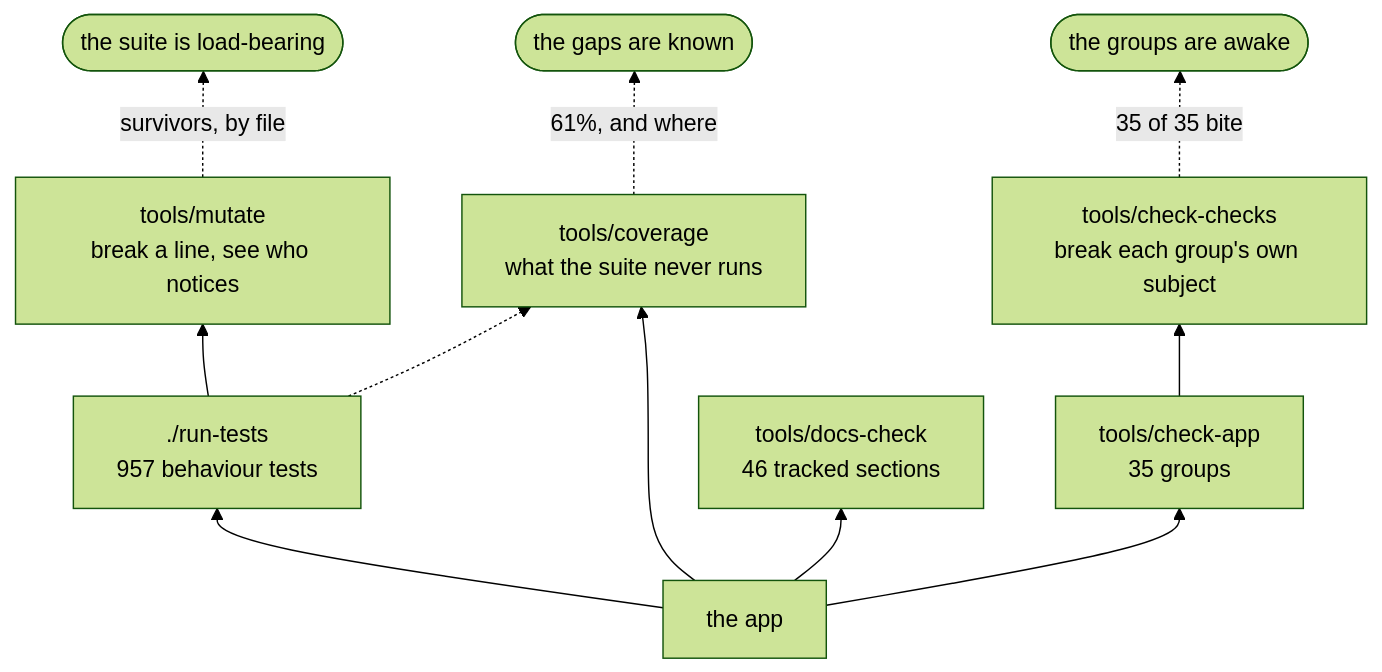
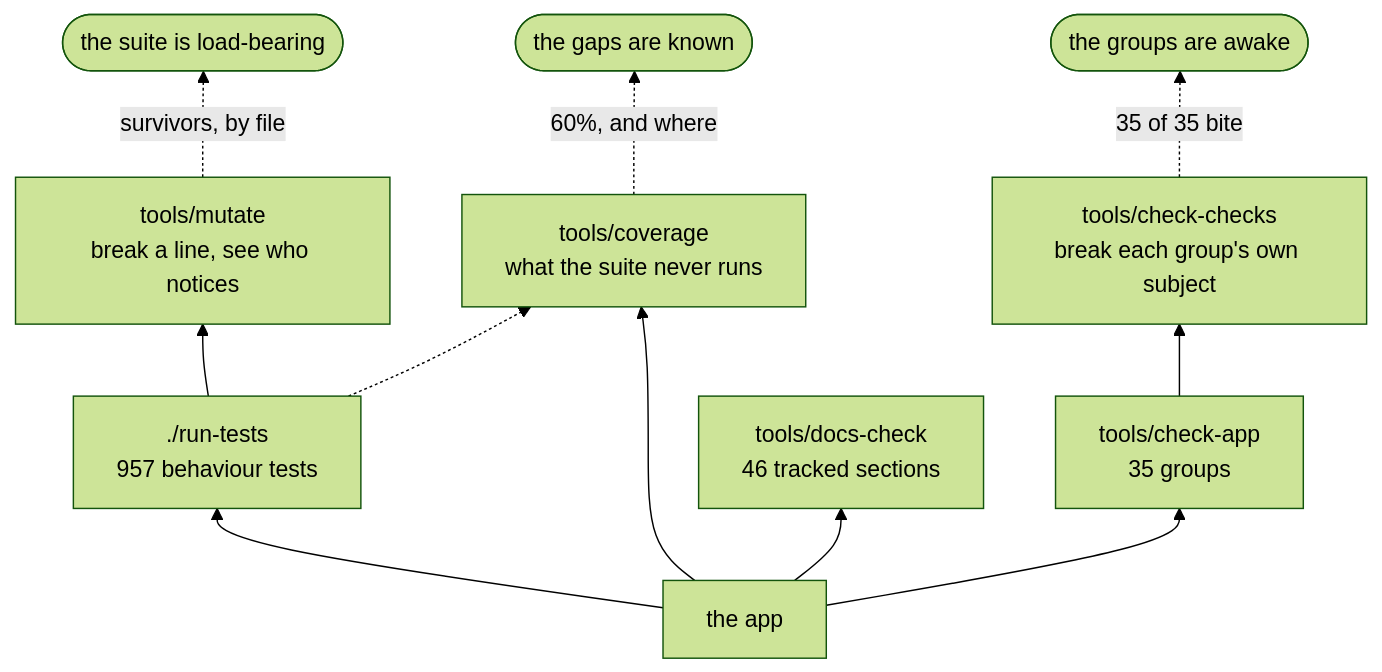
One commit to minormending/crystal-pilot-mobile changed the second of 3 diagrams in docs/DEVELOPING.md. Above: the diagram before and after it, drawn with Mermaid (forest theme). The commit also changed 7 other files, not shown here.

````diff
--- a/docs/DEVELOPING.md
+++ b/docs/DEVELOPING.md
@@ -128,13 +128,13 @@
 ```mermaid
 flowchart BT
     C["the app"] --> T["./run-tests<br/>957 behaviour tests"]
     C --> A["tools/check-app<br/>35 groups"]
     C --> D["tools/docs-check<br/>46 tracked sections"]
     C --> V["tools/coverage<br/>what the suite never runs"]
     T --> M["tools/mutate<br/>break a line, see who notices"]
     A --> K["tools/check-checks<br/>break each group's own subject"]
     T -.-> V
     M -.->|"survivors, by file"| R(["the suite is load-bearing"])
     K -.->|"35 of 35 bite"| R2(["the groups are awake"])
-    V -.->|"61%, and where"| R3(["the gaps are known"])
+    V -.->|"60%, and where"| R3(["the gaps are known"])
 ```
````
